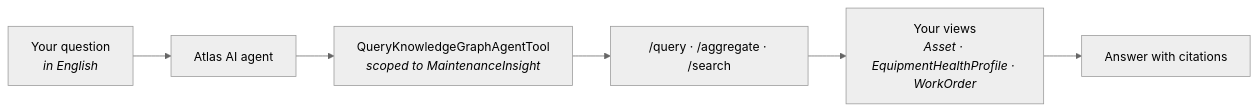
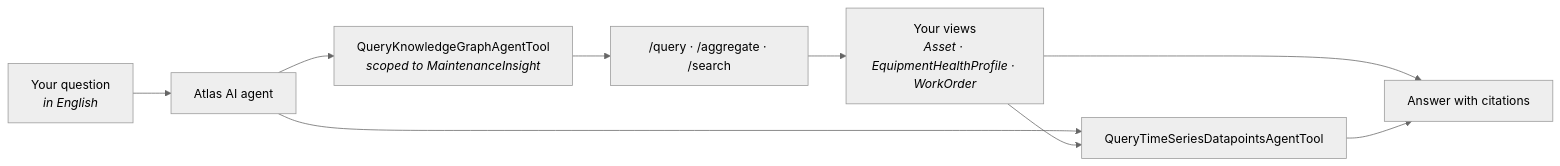
Before and after one commit to sebastian-srikanth/cdf-data-modeling-handson: the diagram in docs/15-atlas-ai-agent.md, drawn with Mermaid (neutral theme). The commit also changed other lines of this file and 13 other files, not shown here.

````diff
--- a/docs/15-atlas-ai-agent.md
+++ b/docs/15-atlas-ai-agent.md
@@ -49,8 +50,11 @@
 ```mermaid
 flowchart LR
   Q["Your question<br/><i>in English</i>"] --> AG[Atlas AI agent]
   AG --> T["QueryKnowledgeGraphAgentTool<br/><i>scoped to MaintenanceInsight</i>"]
+  AG --> TS["QueryTimeSeriesDatapointsAgentTool"]
   T --> DMS["/query · /aggregate · /search"]
   DMS --> V["Your views<br/><i>Asset · EquipmentHealthProfile · WorkOrder</i>"]
+  V --> TS
   V --> AN[Answer with citations]
+  TS --> AN
 ```
````
